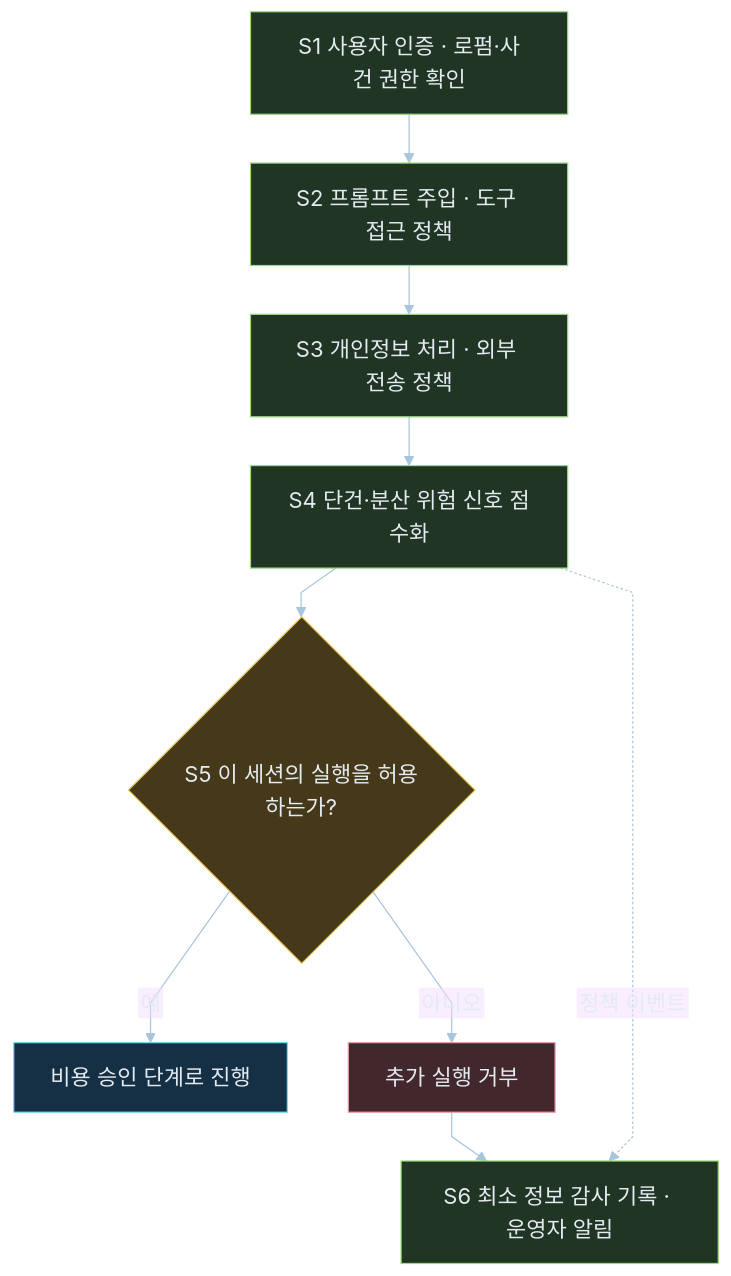
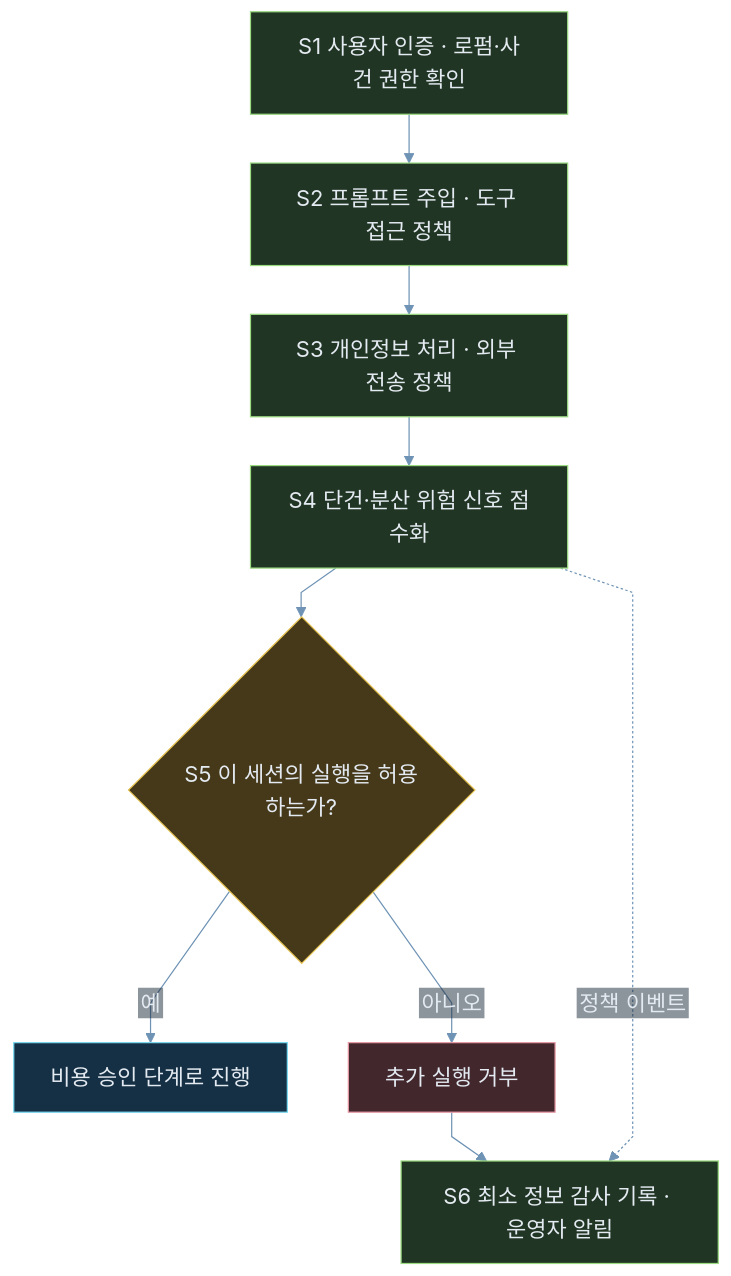
One commit to ai-agent-orchestrator/spring-memvid-ai-backend changed the second of 5 diagrams in README.ko.md. Above: the diagram before and after it, drawn with Mermaid. The commit also changed other lines of this file and 1 other file, not shown here.

First line of the commit message:
Fix mermaid edge-label and line contrast on light theme (EN/KO) (#1)

````diff
--- a/README.ko.md
+++ b/README.ko.md
@@ -80,20 +80,20 @@
 ```mermaid
-%%{init: {"theme":"base","themeVariables":{"primaryTextColor":"#e4eaf1","lineColor":"#a9c5dd","fontFamily":"Malgun Gothic, sans-serif","fontSize":"18px"},"flowchart":{"htmlLabels":false,"curve":"linear","rankSpacing":40}}}%%
+%%{init: {"theme":"base","themeVariables":{"primaryTextColor":"#e4eaf1","lineColor":"#6f93b5","edgeLabelBackground":"#1b2a3a","fontFamily":"Malgun Gothic, sans-serif","fontSize":"18px"},"flowchart":{"htmlLabels":false,"curve":"linear","rankSpacing":40}}}%%
 flowchart TB
     S1["S1 사용자 인증 · 로펌·사건 권한 확인"] --> S2["S2 프롬프트 주입 · 도구 접근 정책"]
     S2 --> S3["S3 개인정보 처리 · 외부 전송 정책"]
     S3 --> S4["S4 단건·분산 위험 신호 점수화"]
     S4 --> S5{"S5 이 세션의 실행을 허용하는가?"}
     S5 -->|예| EXEC["비용 승인 단계로 진행"]
     S5 -->|아니오| DENY["추가 실행 거부"]
     DENY --> S6["S6 최소 정보 감사 기록 · 운영자 알림"]
     S4 -. "정책 이벤트" .-> S6
     classDef spring fill:#203523,stroke:#9ada80,color:#e4eaf1;
     classDef process fill:#153044,stroke:#76d9f0,color:#e4eaf1;
     classDef decision fill:#46391a,stroke:#e5c24e,color:#e4eaf1;
     classDef stop fill:#42272d,stroke:#e99aa6,color:#e4eaf1;
     class S1,S2,S3,S4,S6 spring;
     class EXEC process;
     class S5 decision;
     class DENY stop;
 ```
````
